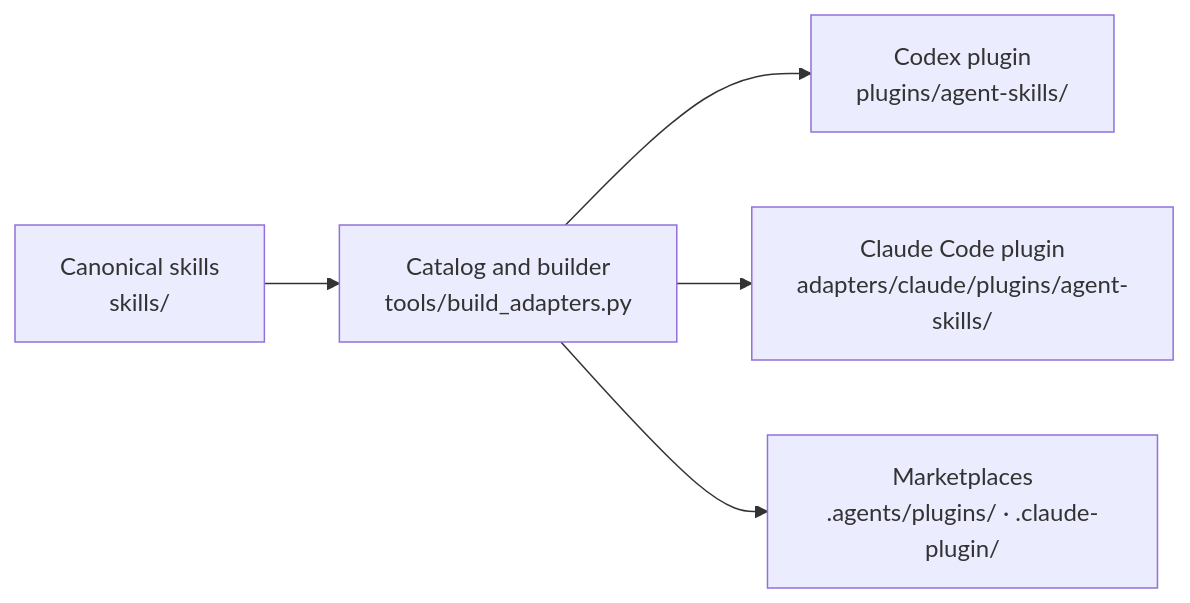
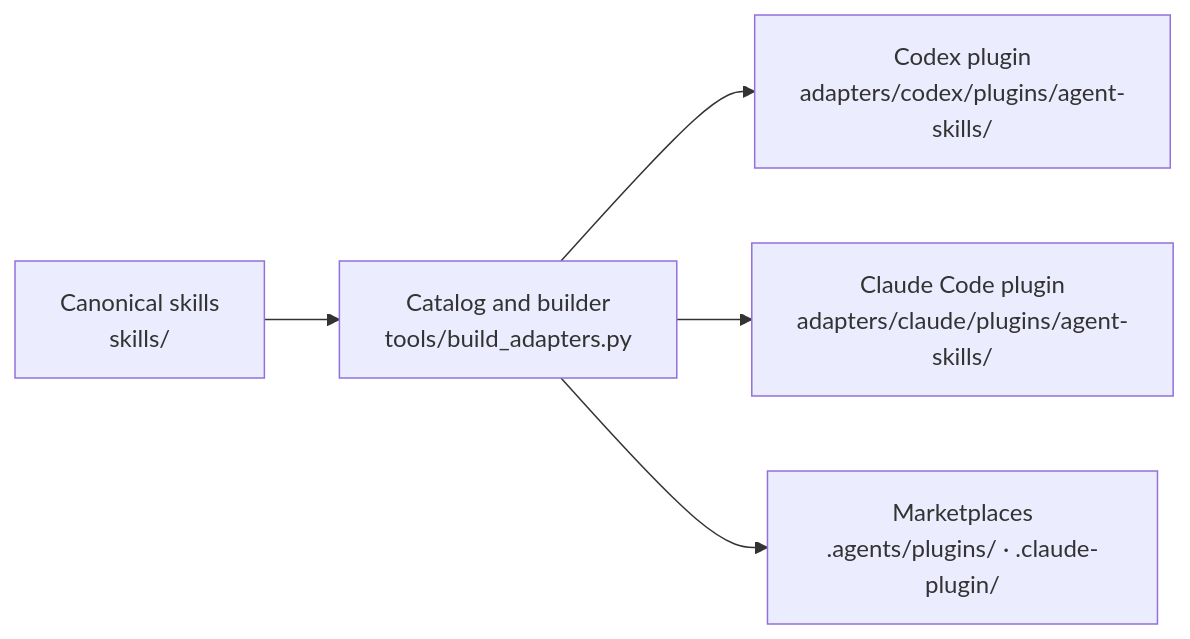
The diagram in README.md (Statusnone420/agent-skills), drawn with Mermaid before and after one commit. The commit also changed other lines of this file and 37 other files, not shown here.

First line of the commit message:
Move the Codex plugin out of the folder Grok scans

````diff
--- a/README.md
+++ b/README.md
@@ -175,7 +177,7 @@
 ```mermaid
 flowchart LR
     S["Canonical skills<br/>skills/"] --> B["Catalog and builder<br/>tools/build_adapters.py"]
-    B --> C["Codex plugin<br/>plugins/agent-skills/"]
+    B --> C["Codex plugin<br/>adapters/codex/plugins/agent-skills/"]
     B --> A["Claude Code plugin<br/>adapters/claude/plugins/agent-skills/"]
     B --> M["Marketplaces<br/>.agents/plugins/ · .claude-plugin/"]
 ```
````
